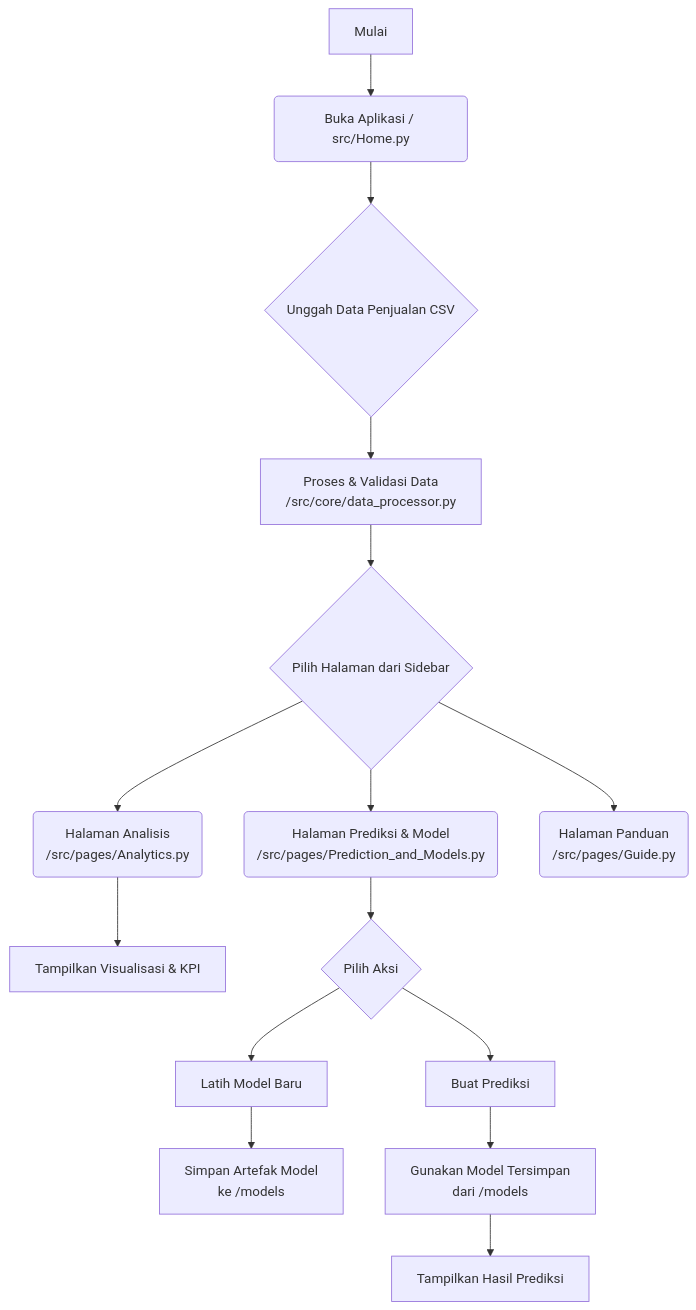
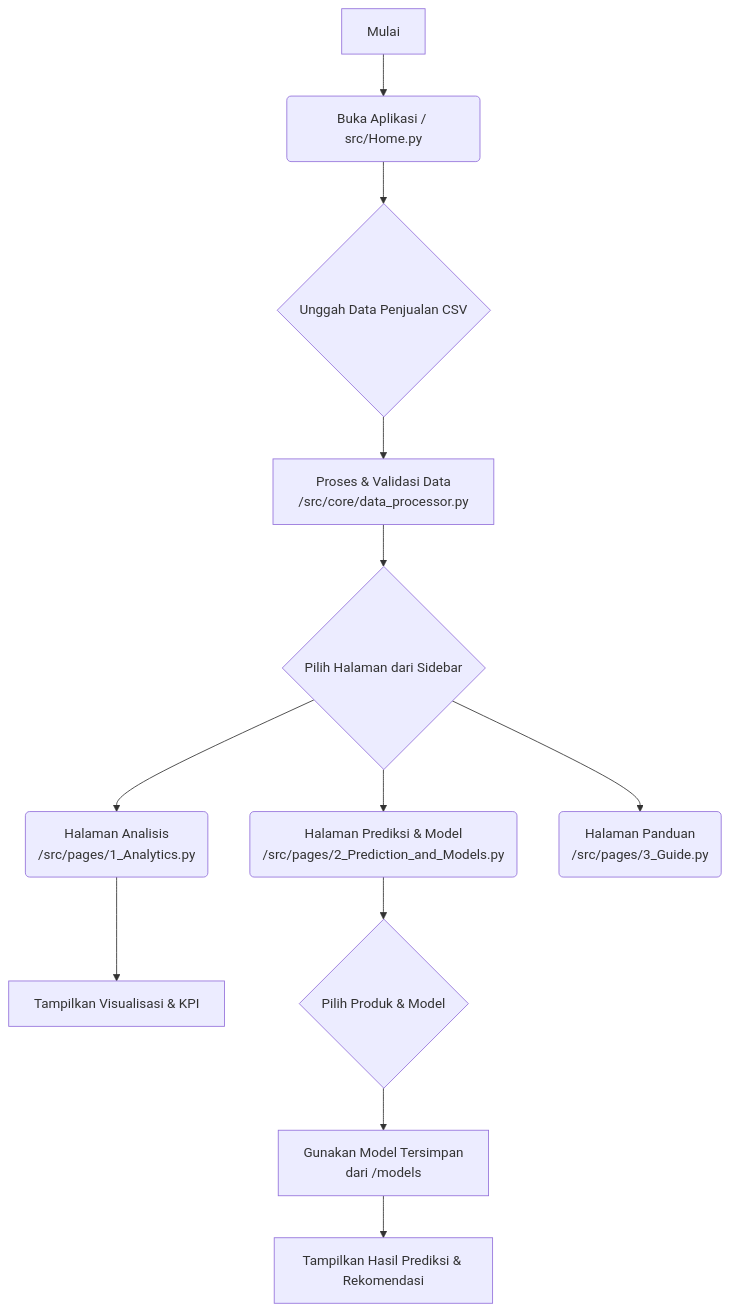
One commit to milanoshva/Sales_Prediction changed the diagram in README.md. Above: the diagram before and after it, drawn with Mermaid. The commit also changed other lines of this file, not shown here.

````diff
--- a/README.md
+++ b/README.md
@@ -23,17 +22,15 @@
 ```mermaid
 graph TD
     A[Mulai] --> B(Buka Aplikasi / src/Home.py);
     B --> C{Unggah Data Penjualan CSV};
     C --> D[Proses & Validasi Data<br>/src/core/data_processor.py];
     D --> E{Pilih Halaman dari Sidebar};
-    E --> F(Halaman Analisis<br>/src/pages/Analytics.py);
-    E --> G(Halaman Prediksi & Model<br>/src/pages/Prediction_and_Models.py);
-    E --> H(Halaman Panduan<br>/src/pages/Guide.py);
+    E --> F(Halaman Analisis<br>/src/pages/1_Analytics.py);
+    E --> G(Halaman Prediksi & Model<br>/src/pages/2_Prediction_and_Models.py);
+    E --> H(Halaman Panduan<br>/src/pages/3_Guide.py);
     F --> I[Tampilkan Visualisasi & KPI];
-    G --> J{Pilih Aksi};
-    J --> K[Latih Model Baru];
-    J --> L[Buat Prediksi];
-    K --> M[Simpan Artefak Model<br>ke /models];
-    L --> N[Gunakan Model Tersimpan<br>dari /models];
-    N --> O[Tampilkan Hasil Prediksi];
+    G --> J{Pilih Produk & Model};
+    J --> K[Gunakan Model Tersimpan<br>dari /models];
+    K --> L[Tampilkan Hasil Prediksi & Rekomendasi];
+
 ```
````
